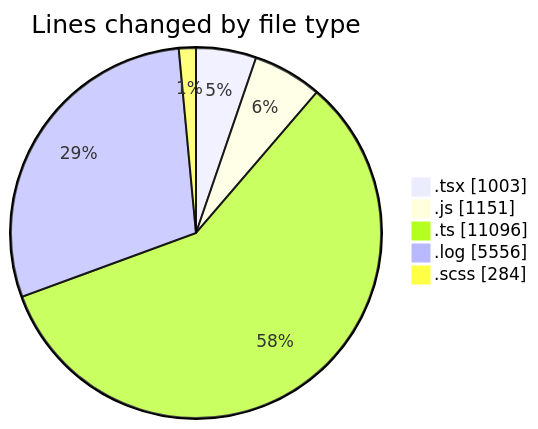
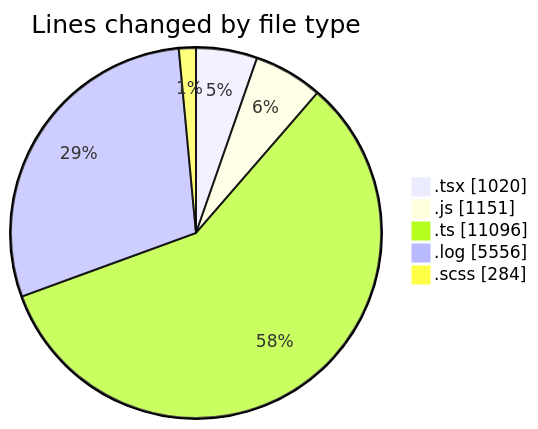
Before and after one commit to momahboobian/code-tracking: the first of 2 diagrams in 2026-04-09/cda/README.md, drawn with Mermaid. The commit also changed other lines of this file and 1 other file, not shown here.

````diff
--- a/2026-04-09/cda/README.md
+++ b/2026-04-09/cda/README.md
@@ -32,9 +32,9 @@
 ```mermaid
 pie showData
 title Lines changed by file type
-".tsx" : 1003
+".tsx" : 1020
 ".js" : 1151
 ".ts" : 11096
 ".log" : 5556
 ".scss" : 284
 ```
````
